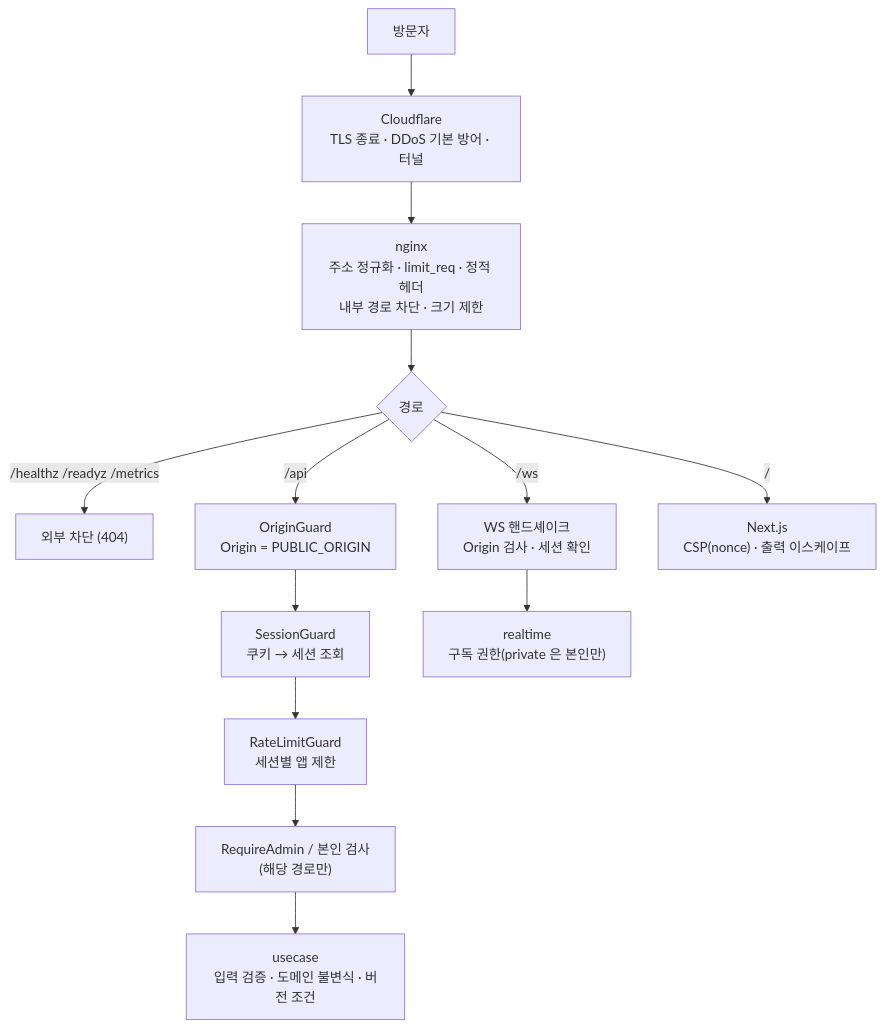
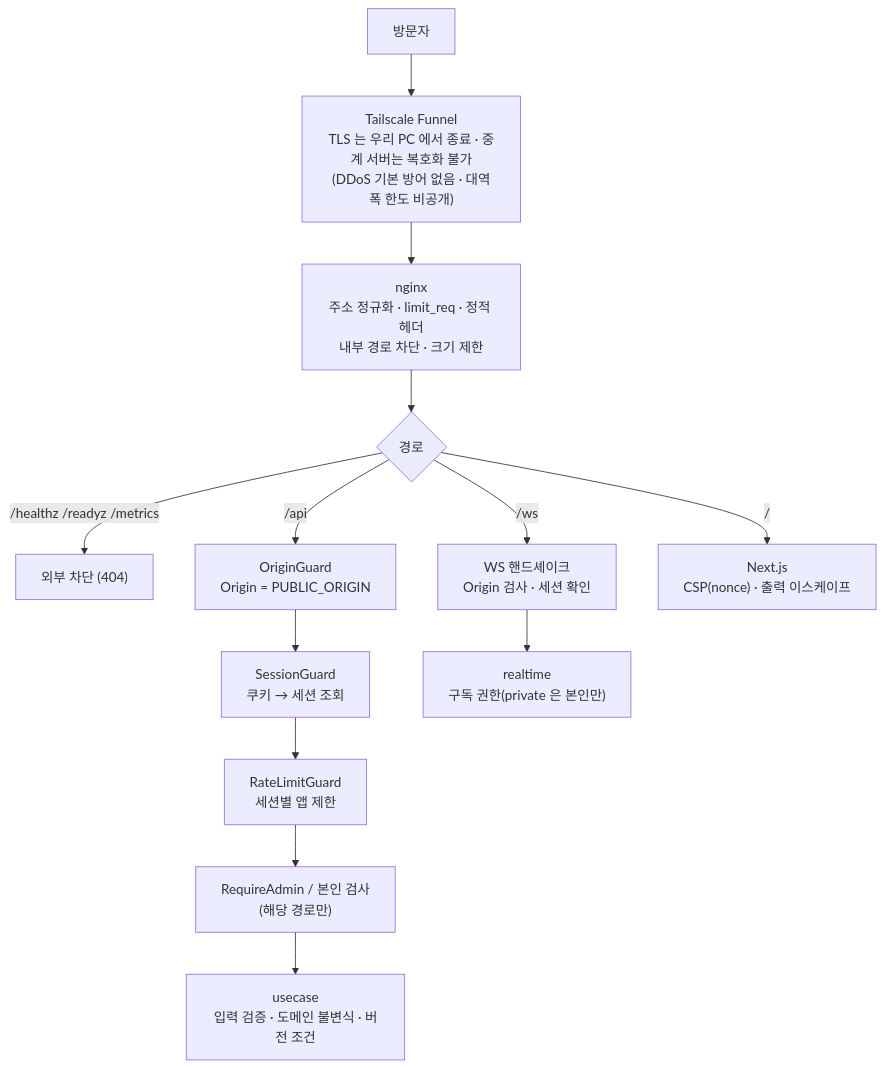
One commit to 1985jwlee/portpolio_backend changed the first of 4 diagrams in docs/design/10-security.md. Above: the diagram before and after it, drawn with Mermaid. The commit also changed other lines of this file and 50 other files, not shown here.

````diff
--- a/docs/design/10-security.md
+++ b/docs/design/10-security.md
@@ -13,15 +13,15 @@
 ```mermaid
 flowchart TD
-    V["방문자"] --> CF["Cloudflare<br/>TLS 종료 · DDoS 기본 방어 · 터널"]
+    V["방문자"] --> CF["Tailscale Funnel<br/>TLS 는 우리 PC 에서 종료 · 중계 서버는 복호화 불가<br/>(DDoS 기본 방어 없음 · 대역폭 한도 비공개)"]
     CF --> PX["nginx<br/>주소 정규화 · limit_req · 정적 헤더<br/>내부 경로 차단 · 크기 제한"]
     PX --> Q{"경로"}
     Q -- "/healthz /readyz /metrics" --> BLK["외부 차단 (404)"]
     Q -- "/api" --> OG["OriginGuard<br/>Origin = PUBLIC_ORIGIN"]
     Q -- "/ws" --> WH["WS 핸드셰이크<br/>Origin 검사 · 세션 확인"]
     Q -- "/" --> NX["Next.js<br/>CSP(nonce) · 출력 이스케이프"]
     OG --> SG["SessionGuard<br/>쿠키 → 세션 조회"]
     SG --> RG["RateLimitGuard<br/>세션별 앱 제한"]
     RG --> AG["RequireAdmin / 본인 검사<br/>(해당 경로만)"]
     AG --> UC["usecase<br/>입력 검증 · 도메인 불변식 · 버전 조건"]
     WH --> RT["realtime<br/>구독 권한(private 은 본인만)"]
 ```
````
